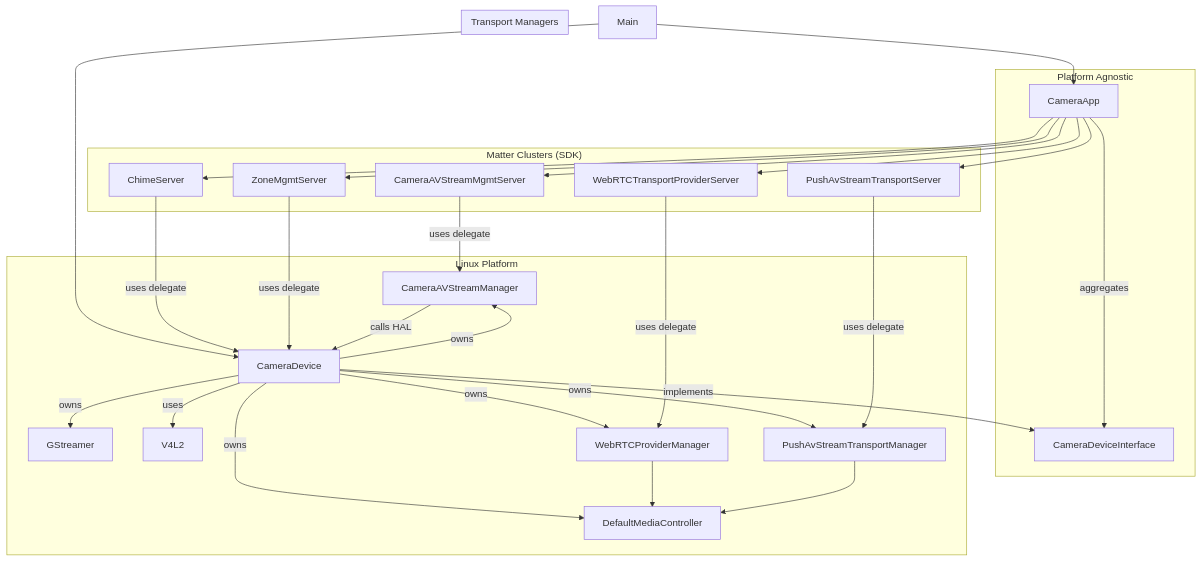
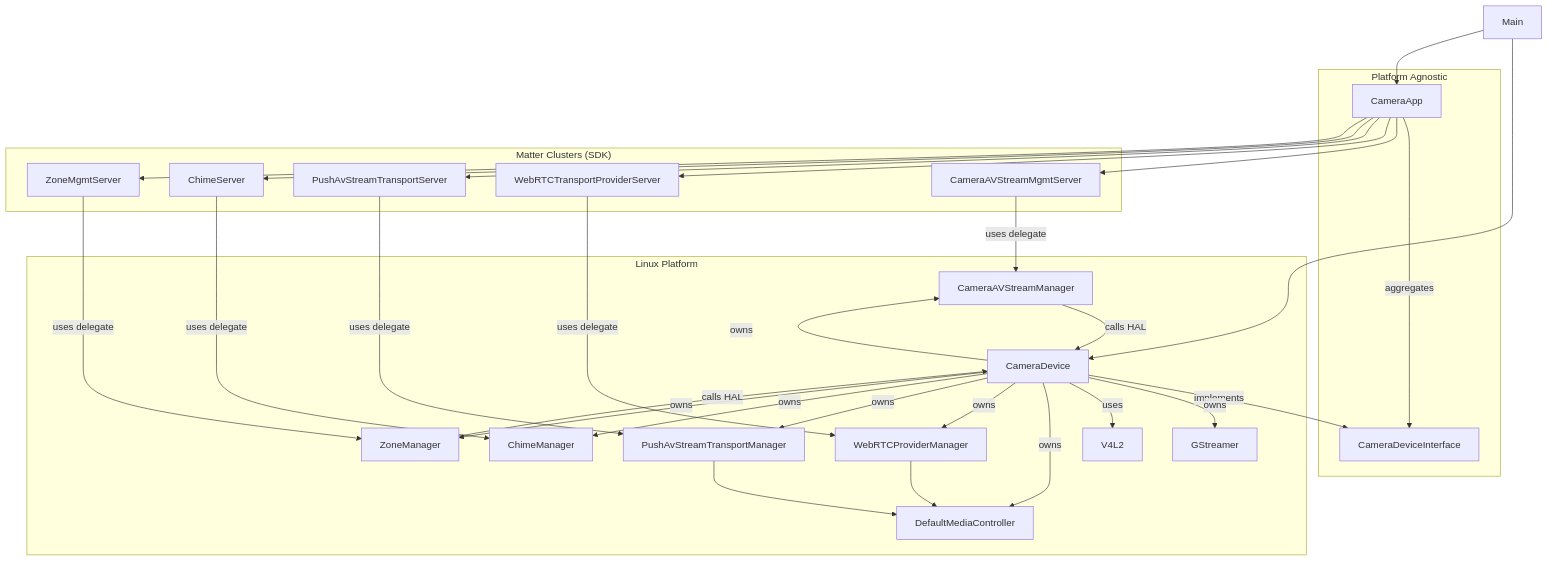
The first of 5 diagrams in examples/camera-app/linux/doc/camera-app-architecture.md (project-chip/connectedhomeip), drawn with Mermaid before and after one commit. The commit also changed other lines of this file, not shown here.

First line of the commit message:
Add more details around the WebRTCProviderManager, PushAvStreamTransportManager, ChimeManager.

````diff
--- a/examples/camera-app/linux/doc/camera-app-architecture.md
+++ b/examples/camera-app/linux/doc/camera-app-architecture.md
@@ -128,50 +138,49 @@
 ```mermaid
 graph TD
     subgraph "Platform Agnostic"
         CameraApp
         CameraDeviceInterface
     end
 
     subgraph "Linux Platform"
         CameraDevice -- implements --> CameraDeviceInterface
         CameraDevice -- owns --> GStreamer
         CameraDevice -- uses --> V4L2
         CameraDevice -- owns --> DefaultMediaController
         CameraDevice -- owns --> CameraAVStreamManager
         CameraDevice -- owns --> WebRTCProviderManager
         CameraDevice -- owns --> PushAvStreamTransportManager
-    end
+        CameraDevice -- owns --> ChimeManager
+        CameraDevice -- owns --> ZoneManager
 
-    subgraph "Transport Managers"
-        WebRTCProviderManager
-        PushAvStreamTransportManager
+        WebRTCProviderManager --> DefaultMediaController
+        PushAvStreamTransportManager --> DefaultMediaController
     end
 
     subgraph "Matter Clusters (SDK)"
         CameraAVStreamMgmtServer
         WebRTCTransportProviderServer
         PushAvStreamTransportServer
         ChimeServer
         ZoneMgmtServer
     end
 
     Main --> CameraDevice
     Main --> CameraApp
     CameraApp -- aggregates --> CameraDeviceInterface
 
     CameraApp --> CameraAVStreamMgmtServer
     CameraApp --> WebRTCTransportProviderServer
     CameraApp --> PushAvStreamTransportServer
     CameraApp --> ChimeServer
     CameraApp --> ZoneMgmtServer
 
     CameraAVStreamMgmtServer -- uses delegate --> CameraAVStreamManager
     WebRTCTransportProviderServer -- uses delegate --> WebRTCProviderManager
     PushAvStreamTransportServer -- uses delegate --> PushAvStreamTransportManager
-    ChimeServer -- uses delegate --> CameraDevice
-    ZoneMgmtServer -- uses delegate --> CameraDevice
+    ChimeServer -- uses delegate --> ChimeManager
+    ZoneMgmtServer -- uses delegate --> ZoneManager
 
     CameraAVStreamManager -- calls HAL --> CameraDevice
-    WebRTCProviderManager --> DefaultMediaController
-    PushAvStreamTransportManager --> DefaultMediaController
+    ZoneManager -- calls HAL --> CameraDevice
 ```
````
